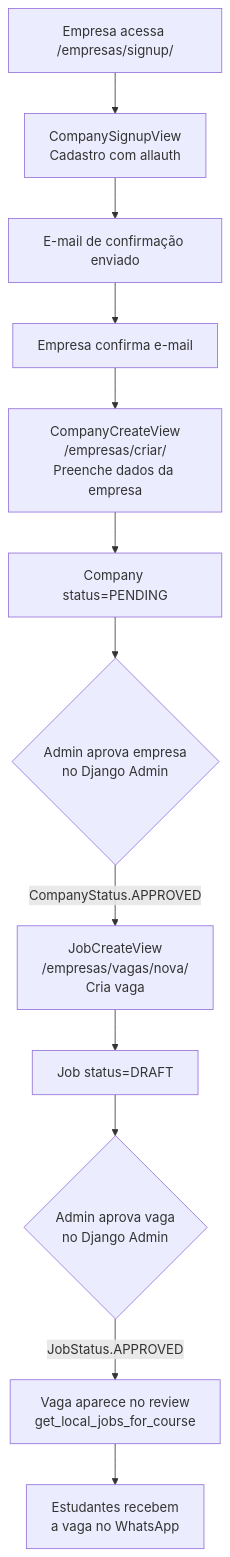
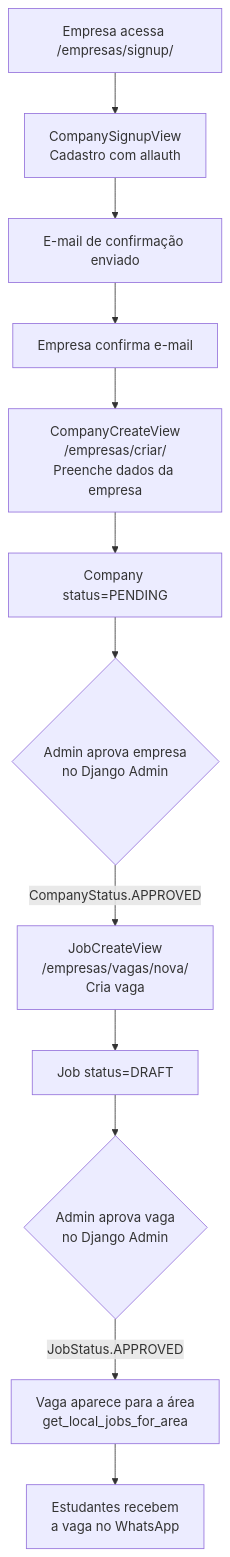
Before and after one commit to ErickBonruque/iterbot: the second of 2 diagrams in docs/architecture/BUSINESS-RULES.md, drawn with Mermaid. The commit also changed other lines of this file and 8 other files, not shown here.

````diff
--- a/docs/architecture/BUSINESS-RULES.md
+++ b/docs/architecture/BUSINESS-RULES.md
@@ -87,14 +87,14 @@
 ```mermaid
 flowchart TD
     A[Empresa acessa /empresas/signup/] --> B[CompanySignupView\nCadastro com allauth]
     B --> C[E-mail de confirmação enviado]
     C --> D[Empresa confirma e-mail]
     D --> E[CompanyCreateView\n/empresas/criar/\nPreenche dados da empresa]
     E --> F[Company status=PENDING]
     F --> G{Admin aprova empresa\nno Django Admin}
     G -->|CompanyStatus.APPROVED| H[JobCreateView\n/empresas/vagas/nova/\nCria vaga]
     H --> I[Job status=DRAFT]
     I --> J{Admin aprova vaga\nno Django Admin}
-    J -->|JobStatus.APPROVED| K[Vaga aparece no review\nget_local_jobs_for_course]
+    J -->|JobStatus.APPROVED| K[Vaga aparece para a área\nget_local_jobs_for_area]
     K --> L[Estudantes recebem\na vaga no WhatsApp]
 ```
````
